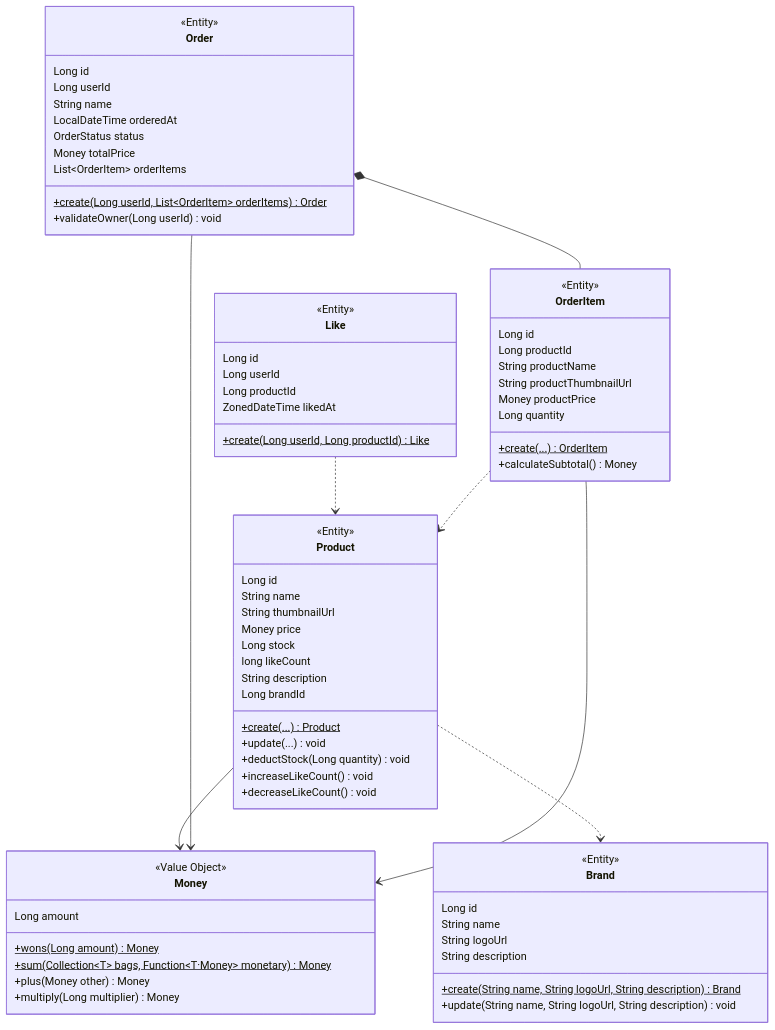
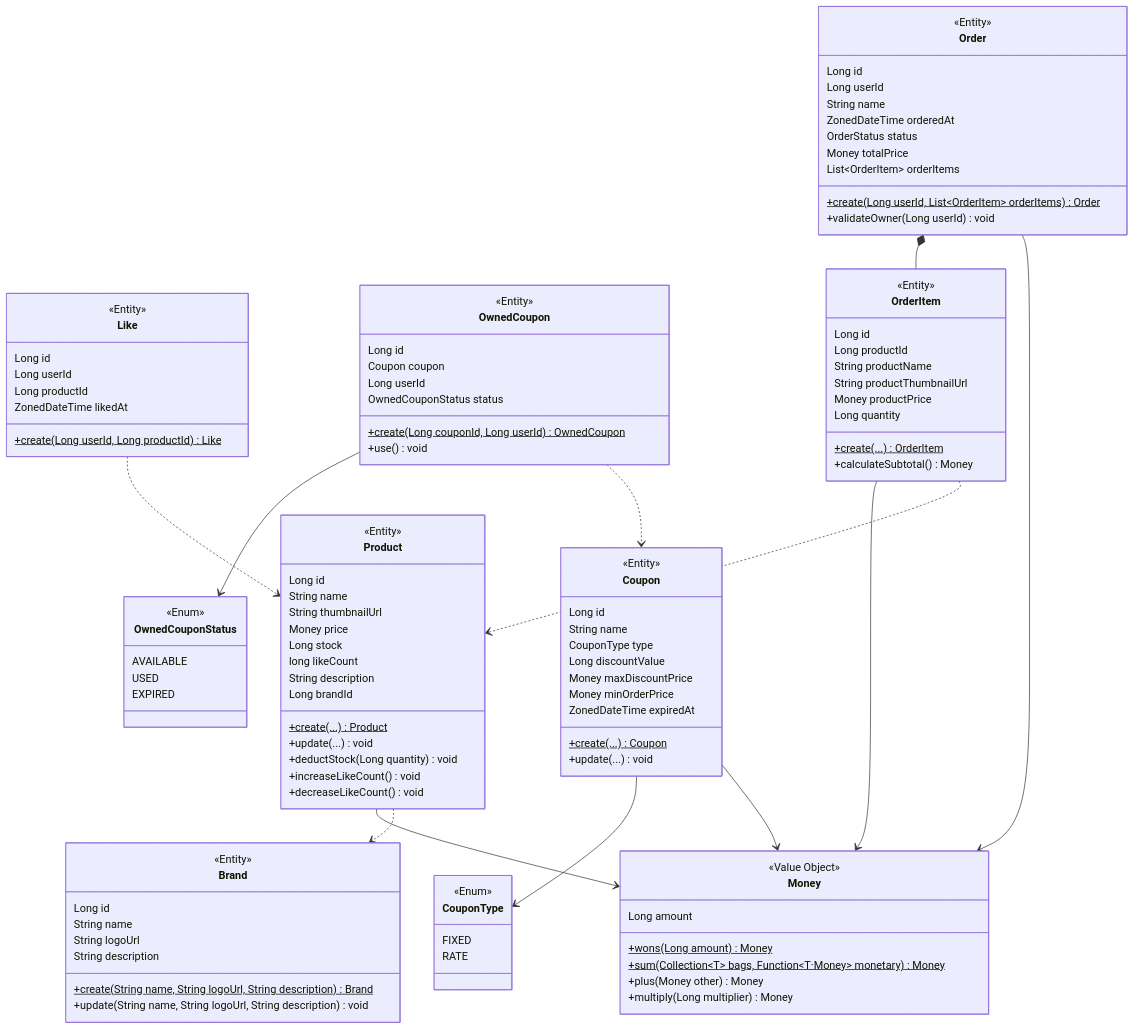
The diagram in .docs/design/03-class-diagram.md (Loopers-dev-lab/loop-pack-be-l2-vol3-java), drawn with Mermaid before and after one commit. The commit also changed other lines of this file and 4 other files, not shown here.

```diff
--- a/.docs/design/03-class-diagram.md
+++ b/.docs/design/03-class-diagram.md
@@ -85,13 +86,50 @@
         +create(Long userId, Long productId)$ Like
     }
 
+    %% ── Coupon ──
+    class Coupon {
+        <<Entity>>
+        Long id
+        String name
+        CouponType type
+        Long discountValue
+        Money maxDiscountPrice
+        Money minOrderPrice
+        ZonedDateTime expiredAt
+        +create(...)$ Coupon
+        +update(...) void
+    }
+
+    class CouponType {
+        <<Enum>>
+        FIXED
+        RATE
+    }
+
+    class OwnedCoupon {
+        <<Entity>>
+        Long id
+        Coupon coupon
+        Long userId
+        OwnedCouponStatus status
+        +create(Long couponId, Long userId)$ OwnedCoupon
+        +use() void
+    }
+
+    class OwnedCouponStatus {
+        <<Enum>>
+        AVAILABLE
+        USED
+        EXPIRED
+    }
+
     %% ── Order ──
     class Order {
         <<Entity>>
         Long id
         Long userId
         String name
-        LocalDateTime orderedAt
+        ZonedDateTime orderedAt
         OrderStatus status
         Money totalPrice
         List~OrderItem~ orderItems
@@ -118,6 +156,12 @@
     %% ── Like 관계 ──
     Like ..> Product
 
+    %% ── Coupon 관계 ──
+    Coupon --> CouponType
+    Coupon --> Money
+    OwnedCoupon --> OwnedCouponStatus
+    OwnedCoupon ..> Coupon
+
     %% ── Order 관계 ──
     Order *-- OrderItem
     Order --> Money
```
